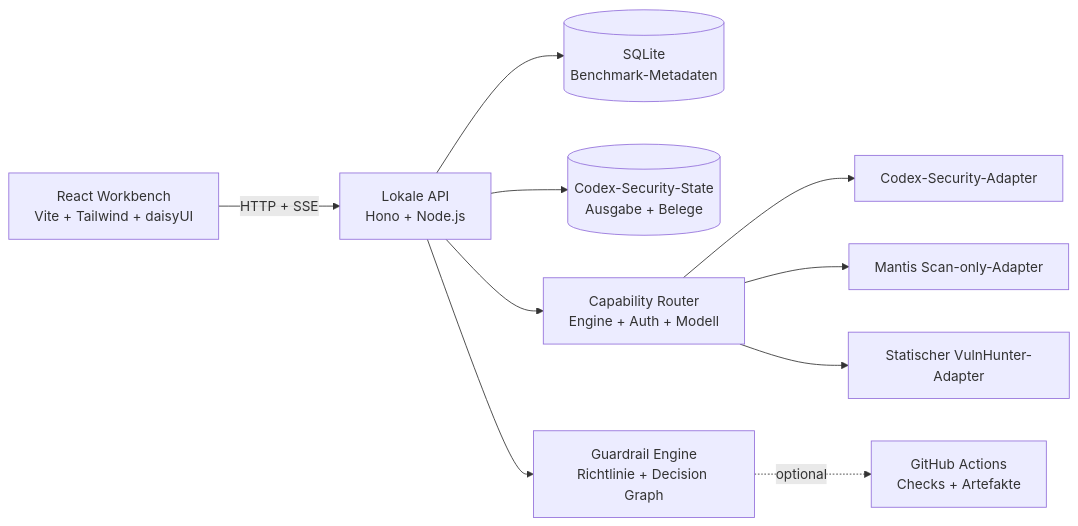
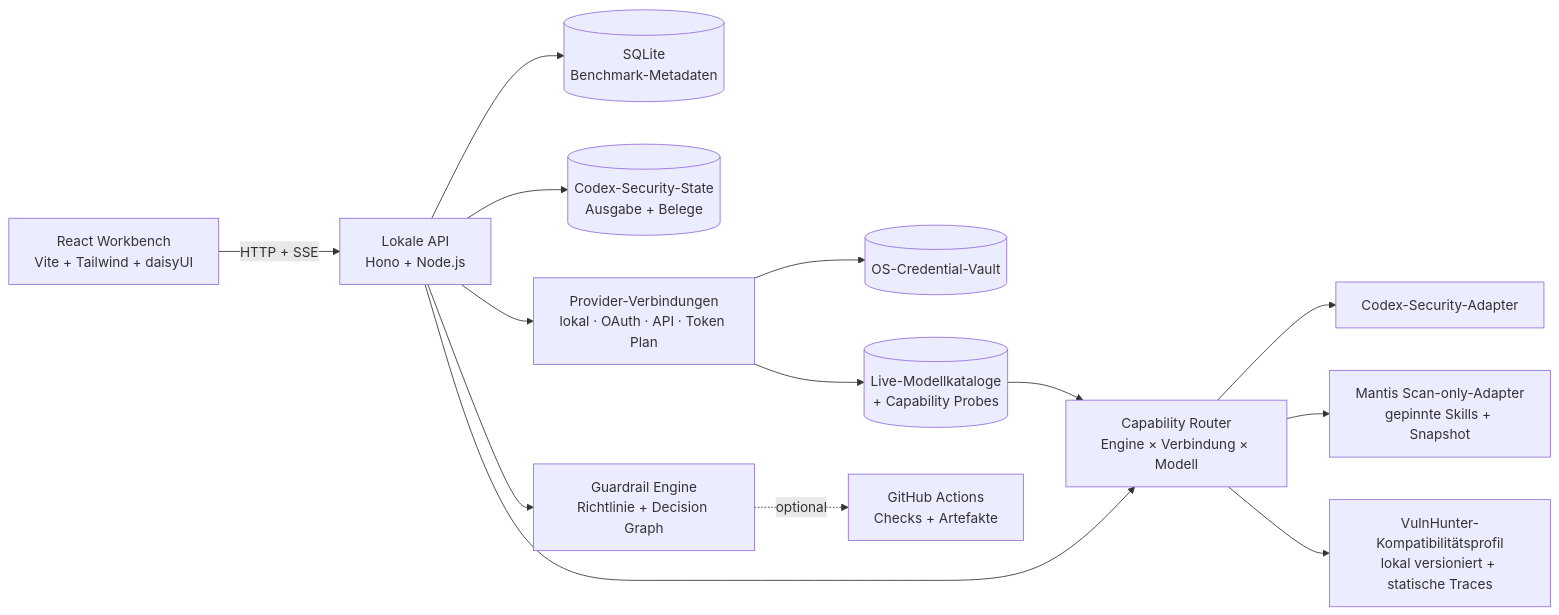
Before and after one commit to OkamiOps/okami-sentinel: the diagram in README.de.md, drawn with Mermaid. The commit also changed other lines of this file and 11 other files, not shown here.

````diff
--- a/README.de.md
+++ b/README.de.md
@@ -105,23 +122,30 @@
 ```mermaid
 flowchart LR
     UI["React Workbench\nVite + Tailwind + daisyUI"]
     API["Lokale API\nHono + Node.js"]
     DB[("SQLite\nBenchmark-Metadaten")]
     STATE[("Codex-Security-State\nAusgabe + Belege")]
-    ROUTER["Capability Router\nEngine + Auth + Modell"]
-    SCANNER["Codex-Security-Adapter"]
-    MANTIS["Mantis Scan-only-Adapter"]
-    VULNHUNTER["Statischer VulnHunter-Adapter"]
+    CONNECTIONS["Provider-Verbindungen\nlokal · OAuth · API · Token Plan"]
+    VAULT[("OS-Credential-Vault")]
+    MODELS[("Live-Modellkataloge\n+ Capability Probes")]
+    ROUTER["Capability Router\nEngine × Verbindung × Modell"]
+    CODEXSEC["Codex-Security-Adapter"]
+    MANTIS["Mantis Scan-only-Adapter\ngepinnte Skills + Snapshot"]
+    VULNHUNTER["VulnHunter-Kompatibilitätsprofil\nlokal versioniert + statische Traces"]
     GATE["Guardrail Engine\nRichtlinie + Decision Graph"]
     GH["GitHub Actions\nChecks + Artefakte"]
 
     UI -->|HTTP + SSE| API
     API --> DB
     API --> STATE
+    API --> CONNECTIONS
+    CONNECTIONS --> VAULT
+    CONNECTIONS --> MODELS
+    MODELS --> ROUTER
     API --> ROUTER
-    ROUTER --> SCANNER
+    ROUTER --> CODEXSEC
     ROUTER --> MANTIS
     ROUTER --> VULNHUNTER
     API --> GATE
     GATE -. optional .-> GH
 ```
````
